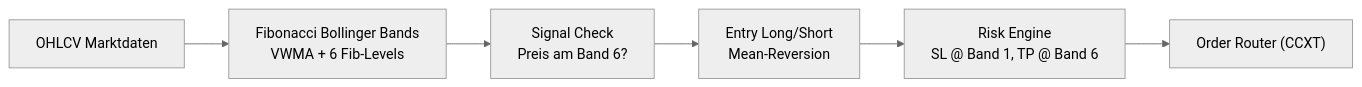
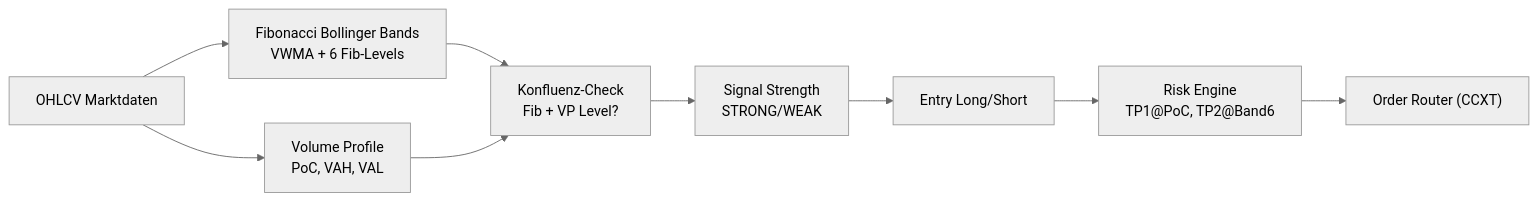
The diagram in README.md (Youra82/kbot), drawn with Mermaid (neutral theme) before and after one commit. The commit also changed other lines of this file and 4 other files, not shown here.

````diff
--- a/README.md
+++ b/README.md
@@ -30,12 +31,15 @@
 ```mermaid
 flowchart LR
     A["OHLCV Marktdaten"]
     B["Fibonacci Bollinger Bands<br/>VWMA + 6 Fib-Levels"]
-    C["Signal Check<br/>Preis am Band 6?"]
-    D["Entry Long/Short<br/>Mean-Reversion"]
-    E["Risk Engine<br/>SL @ Band 1, TP @ Band 6"]
-    F["Order Router (CCXT)"]
+    C["Volume Profile<br/>PoC, VAH, VAL"]
+    D["Konfluenz-Check<br/>Fib + VP Level?"]
+    E["Signal Strength<br/>STRONG/WEAK"]
+    F["Entry Long/Short"]
+    G["Risk Engine<br/>TP1@PoC, TP2@Band6"]
+    H["Order Router (CCXT)"]
 
-    A --> B --> C --> D
-    D --> E --> F
+    A --> B --> D
+    A --> C --> D
+    D --> E --> F --> G --> H
 ```
````
